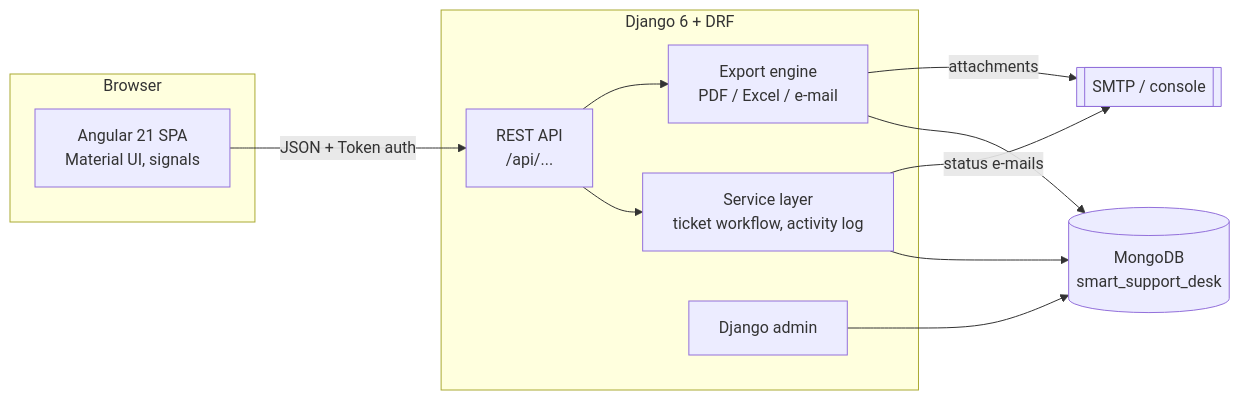
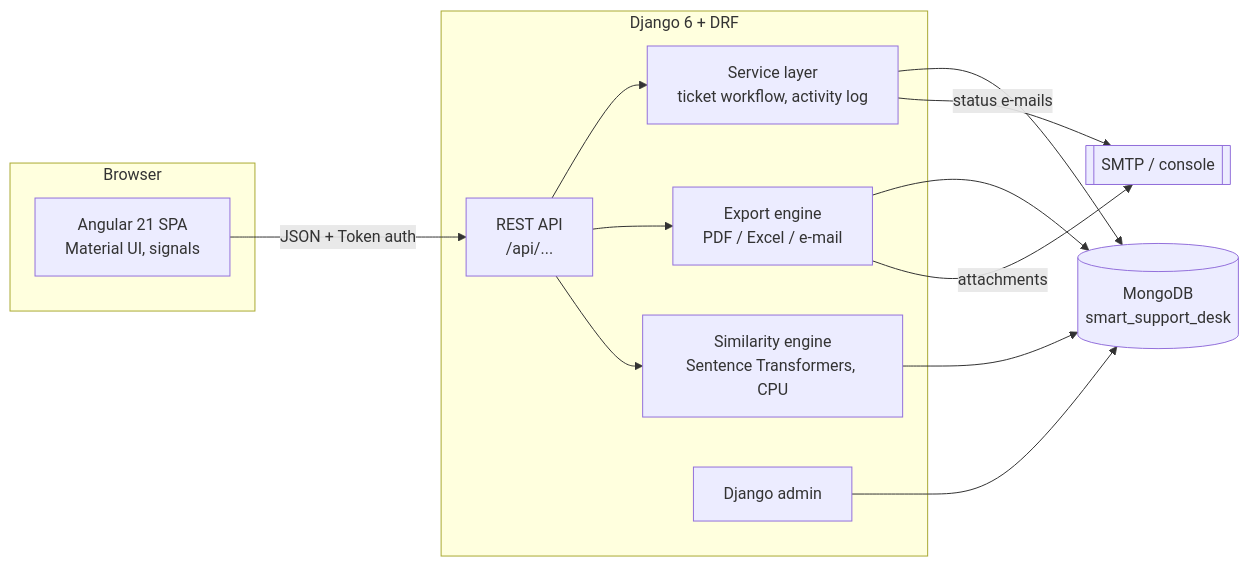
One commit to arunsanjeevms/Smart-Support-Desk changed the first of 3 diagrams in README.md. Above: the diagram before and after it, drawn with Mermaid. The commit also changed other lines of this file and 3 other files, not shown here.

````diff
--- a/README.md
+++ b/README.md
@@ -196,23 +203,26 @@
 ```mermaid
 flowchart LR
     subgraph Browser
         A[Angular 21 SPA<br/>Material UI, signals]
     end
     subgraph Backend["Django 6 + DRF"]
         B[REST API<br/>/api/...]
         S[Service layer<br/>ticket workflow, activity log]
         X[Export engine<br/>PDF / Excel / e-mail]
+        AI[Similarity engine<br/>Sentence Transformers, CPU]
         ADM[Django admin]
     end
     DB[(MongoDB<br/>smart_support_desk)]
     MAIL[[SMTP / console]]
 
     A -- "JSON + Token auth" --> B
     B --> S
     B --> X
+    B --> AI
+    AI --> DB
     S --> DB
     X --> DB
     ADM --> DB
     X -- attachments --> MAIL
     S -- status e-mails --> MAIL
 ```
````
